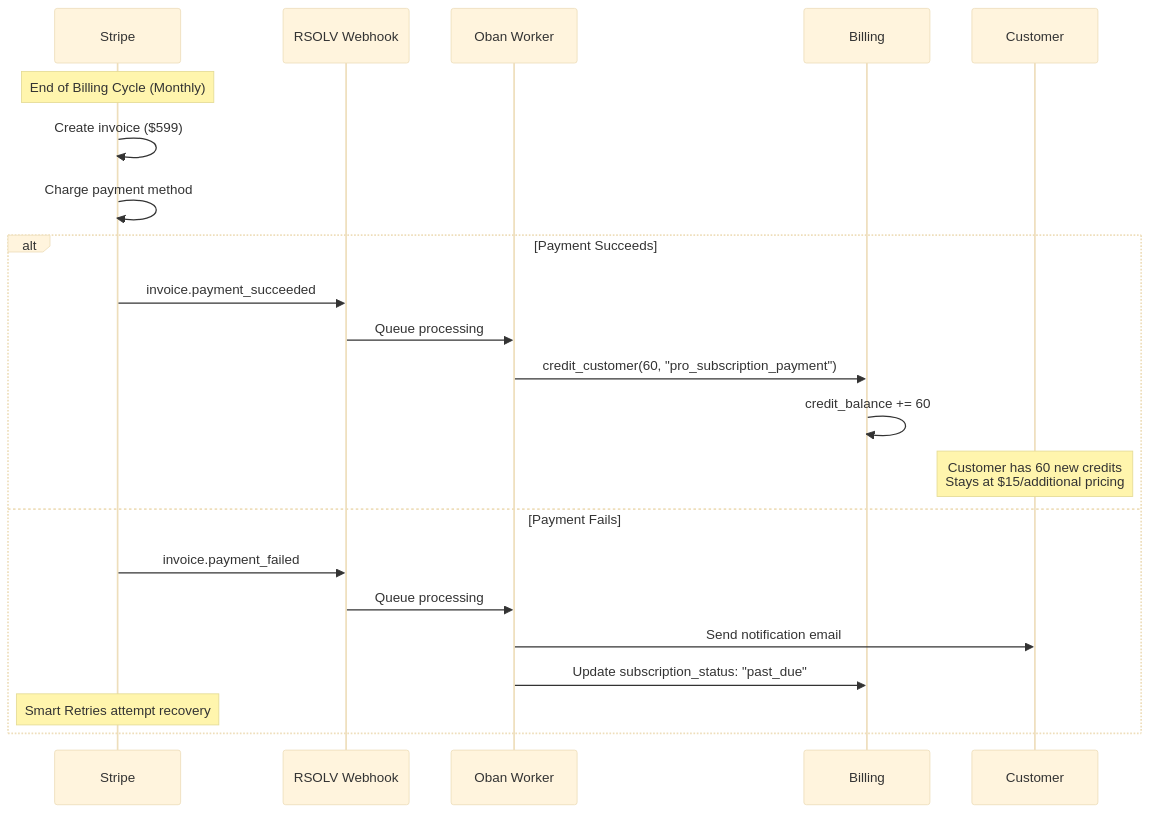
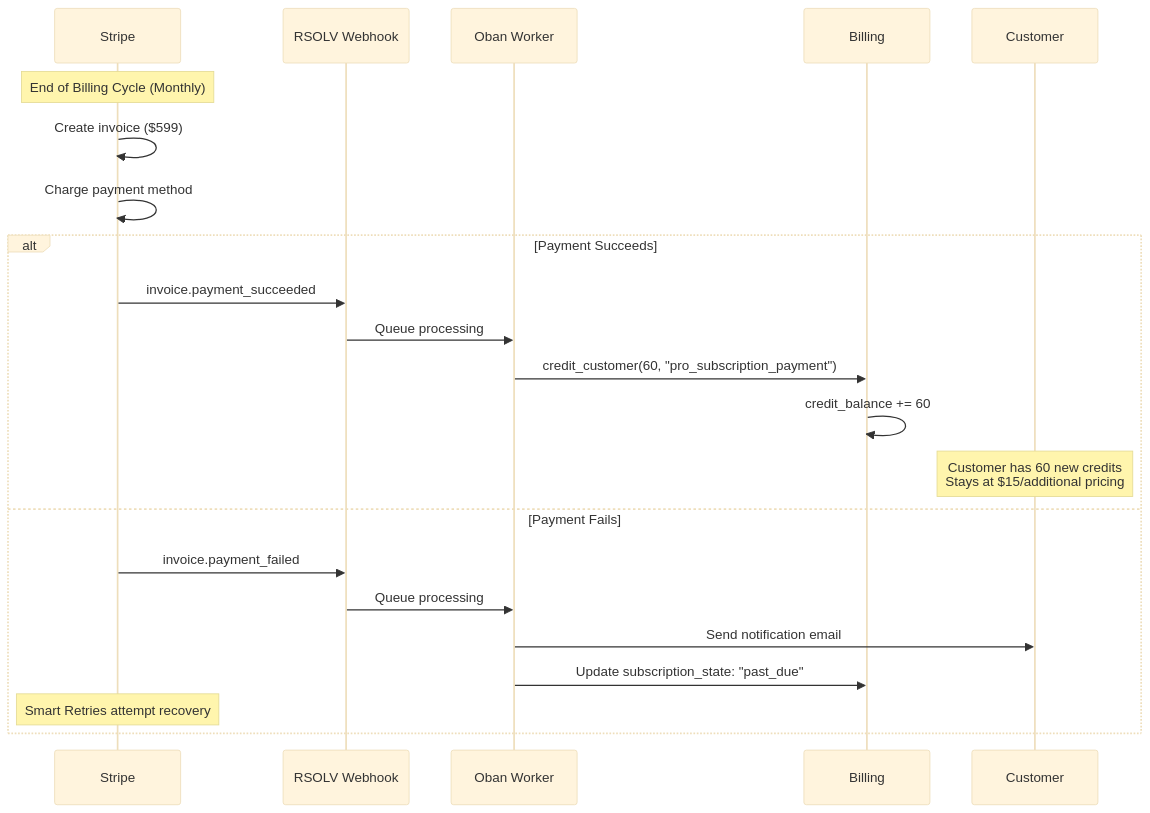
Before and after one commit to RSOLV-dev/rsolv-action: the second of 4 diagrams in RFCs/RFC-066-STRIPE-BILLING-INTEGRATION.md, drawn with Mermaid (base theme). The commit also changed other lines of this file and 4 other files, not shown here.

````diff
--- a/RFCs/RFC-066-STRIPE-BILLING-INTEGRATION.md
+++ b/RFCs/RFC-066-STRIPE-BILLING-INTEGRATION.md
@@ -211,26 +217,26 @@
 ```mermaid
 sequenceDiagram
     participant S as Stripe
     participant W as RSOLV Webhook
     participant O as Oban Worker
     participant B as Billing
     participant C as Customer
 
     Note over S: End of Billing Cycle (Monthly)
     S->>S: Create invoice ($599)
     S->>S: Charge payment method
 
     alt Payment Succeeds
         S->>W: invoice.payment_succeeded
         W->>O: Queue processing
         O->>B: credit_customer(60, "pro_subscription_payment")
         B->>B: credit_balance += 60
         Note over C: Customer has 60 new credits<br/>Stays at $15/additional pricing
     else Payment Fails
         S->>W: invoice.payment_failed
         W->>O: Queue processing
         O->>C: Send notification email
-        O->>B: Update subscription_status: "past_due"
+        O->>B: Update subscription_state: "past_due"
         Note over S: Smart Retries attempt recovery
     end
 ```
````
